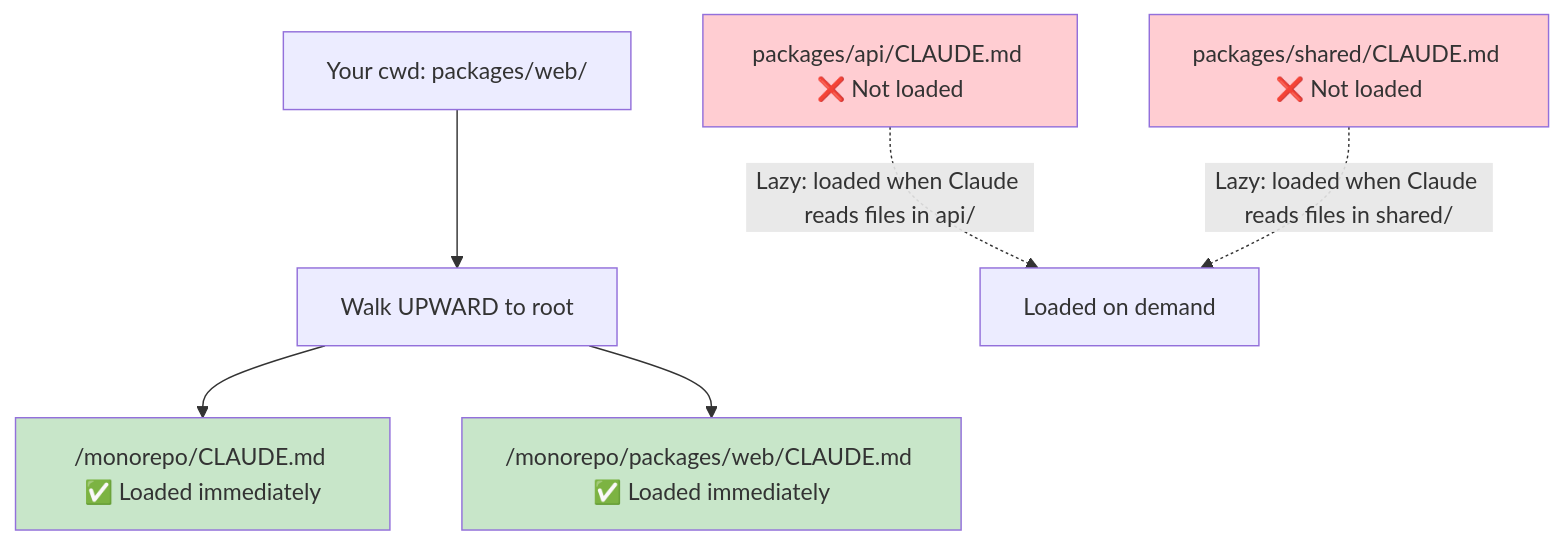
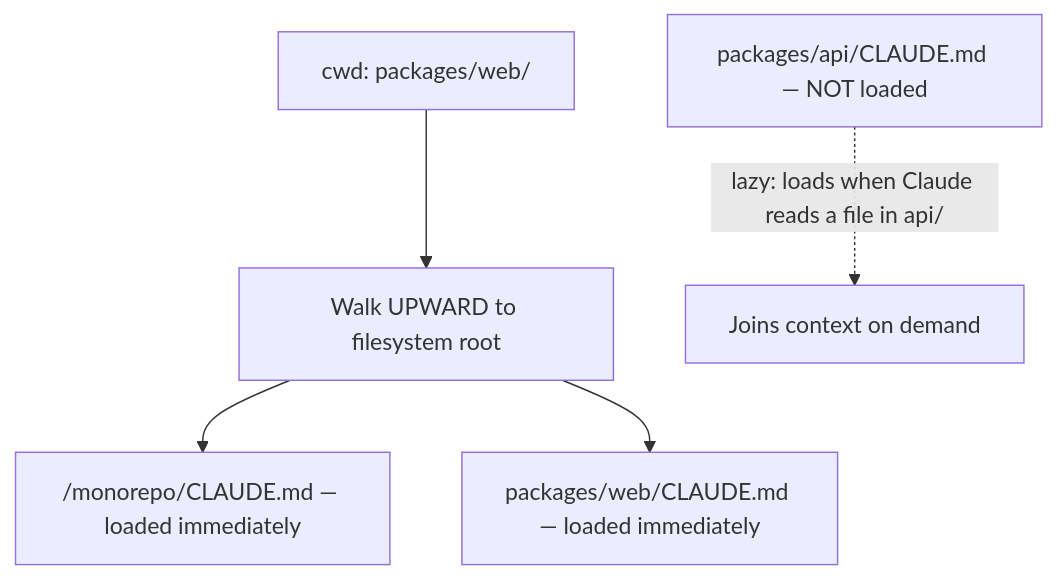
One commit to ShipWithAI/claude-code-mastery changed the diagram in src/content/docs/en/claude-code/phase-10-team-collaboration/01-team-claude-md.md. Above: the diagram before and after it, drawn with Mermaid. The commit also changed other lines of this file and 1 other file, not shown here.

Commit message:
rewrite(10.1): scoped .claude/rules, managed CLAUDE.md, /memory (audit W2-10)

````diff
--- a/src/content/docs/en/claude-code/phase-10-team-collaboration/01-team-claude-md.md
+++ b/src/content/docs/en/claude-code/phase-10-team-collaboration/01-team-claude-md.md
@@ -84,14 +49,7 @@
 ```mermaid
 graph TD
-    CWD[Your cwd: packages/web/] --> Walk[Walk UPWARD to root]
-    Walk --> Root["/monorepo/CLAUDE.md ✅ Loaded immediately"]
-    Walk --> Pkg["/monorepo/packages/web/CLAUDE.md ✅ Loaded immediately"]
-
-    Other1["packages/api/CLAUDE.md ❌ Not loaded"] -.->|"Lazy: loaded when Claude reads files in api/"| Later[Loaded on demand]
-    Other2["packages/shared/CLAUDE.md ❌ Not loaded"] -.->|"Lazy: loaded when Claude reads files in shared/"| Later
-
-    style Root fill:#c8e6c9
-    style Pkg fill:#c8e6c9
-    style Other1 fill:#ffcdd2
-    style Other2 fill:#ffcdd2
+    CWD["cwd: packages/web/"] --> Walk[Walk UPWARD to filesystem root]
+    Walk --> Root["/monorepo/CLAUDE.md — loaded immediately"]
+    Walk --> Pkg["packages/web/CLAUDE.md — loaded immediately"]
+    Other["packages/api/CLAUDE.md — NOT loaded"] -.->|"lazy: loads when Claude reads a file in api/"| Later[Joins context on demand]
 ```
````
